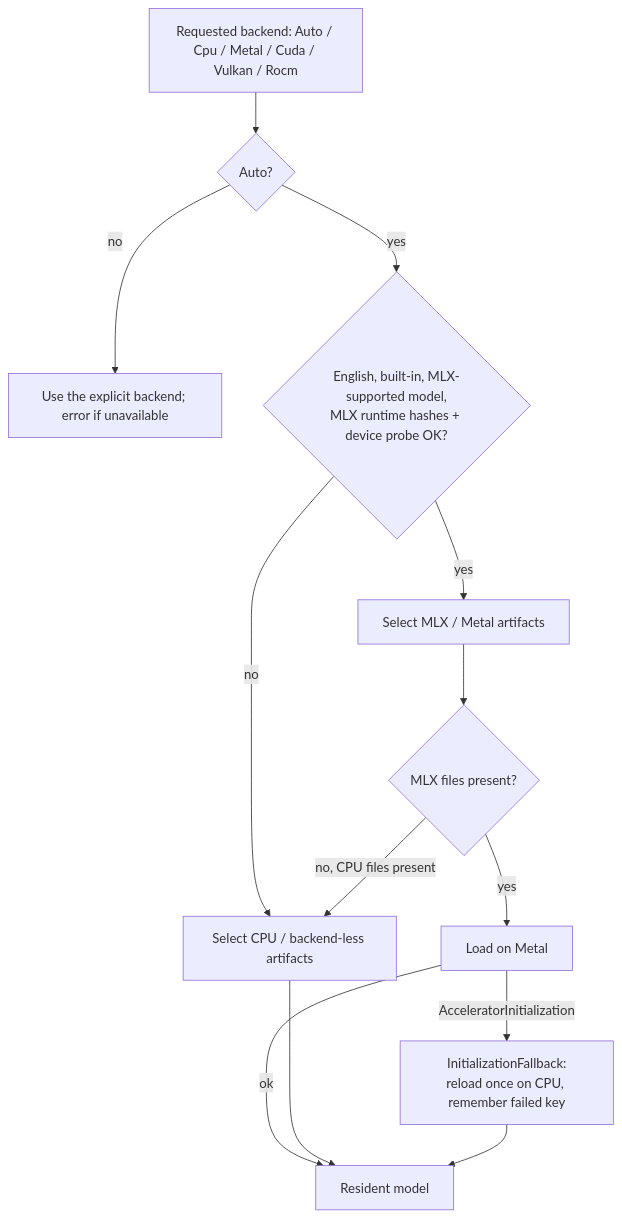
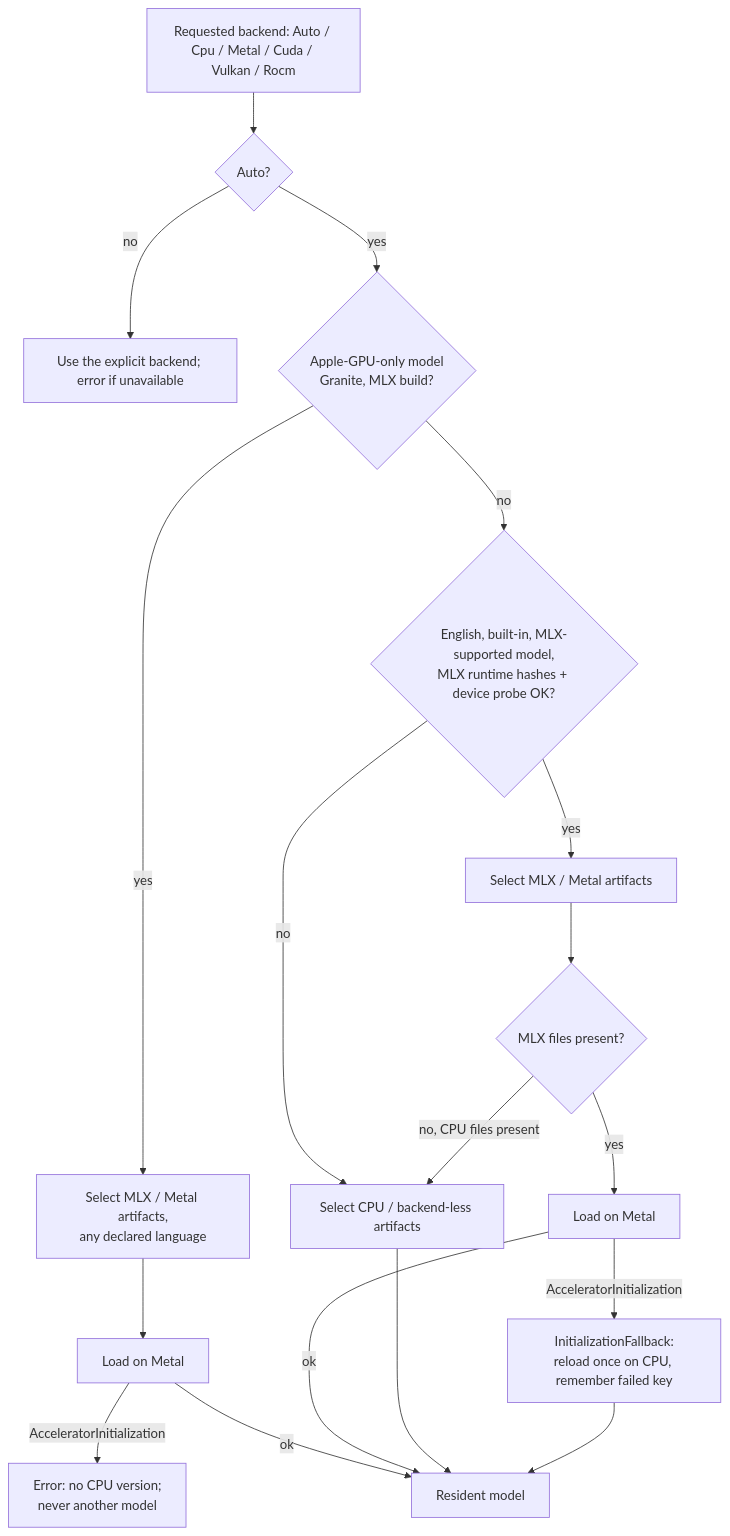
One commit to rahulsharmavishwakarma/vesper changed the fifth of 11 diagrams in docs/inference-architecture.md. Above: the diagram before and after it, drawn with Mermaid. The commit also changed other lines of this file and 7 other files, not shown here.

````diff
--- a/docs/inference-architecture.md
+++ b/docs/inference-architecture.md
@@ -235,16 +241,21 @@
 ```mermaid
 flowchart TB
   req[Requested backend: Auto / Cpu / Metal / Cuda / Vulkan / Rocm]
   req --> auto{Auto?}
   auto -->|no| exact[Use the explicit backend; error if unavailable]
-  auto -->|yes| mlxq{English, built-in, MLX-supported model,<br/>MLX runtime hashes + device probe OK?}
+  auto -->|yes| gpuonly{Apple-GPU-only model<br/>Granite, MLX build?}
+  gpuonly -->|yes| gpusel[Select MLX / Metal artifacts,<br/>any declared language]
+  gpusel --> gload[Load on Metal]
+  gload -->|AcceleratorInitialization| gerr[Error: no CPU version;<br/>never another model]
+  gload -->|ok| run
+  gpuonly -->|no| mlxq{English, built-in, MLX-supported model,<br/>MLX runtime hashes + device probe OK?}
   mlxq -->|yes| mlxsel[Select MLX / Metal artifacts]
   mlxq -->|no| cpu[Select CPU / backend-less artifacts]
   mlxsel --> files{MLX files present?}
   files -->|no, CPU files present| cpu
   files -->|yes| load[Load on Metal]
   load -->|AcceleratorInitialization| fallback[InitializationFallback:<br/>reload once on CPU, remember failed key]
   load -->|ok| run[Resident model]
   cpu --> run
   fallback --> run
 ```
````
